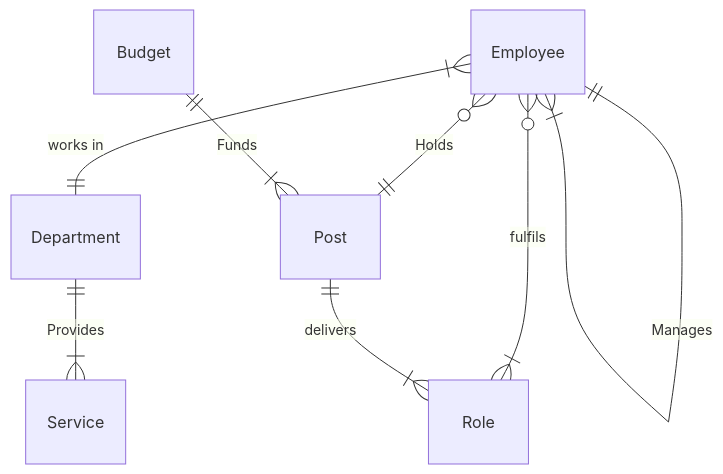
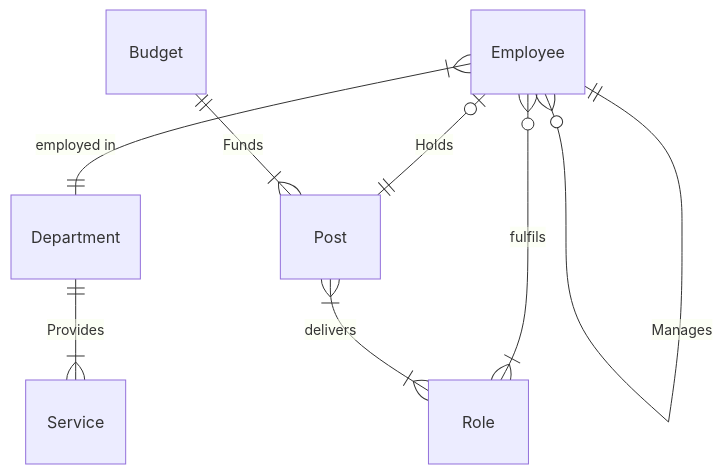
The eighth of 9 diagrams in basicMarkdownex.md (stephenboothuk/Mermaid), drawn with Mermaid before and after one commit. The commit also changed other lines of this file, not shown here.

````diff
--- a/basicMarkdownex.md
+++ b/basicMarkdownex.md
@@ -613,10 +620,10 @@
 ```mermaid
 erDiagram
-    Employee }|--|| Department : "works in"
+       Employee }|--|| Department : "employed in"
 	Employee }o--|{ Role : fulfils
-	Employee }o--|| Post : Holds
+	Employee |o--|| Post : Holds
 	Budget ||--|{Post : Funds
-	Post ||--|{ Role : delivers
-	Employee ||--|{ Employee : Manages
+	Post }|--|{ Role : delivers
+	Employee ||--o{ Employee : Manages
 	Department ||--|{ Service : Provides
 ```
````
